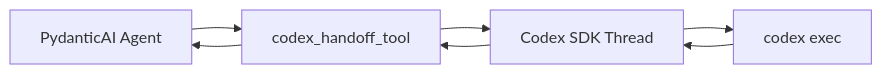
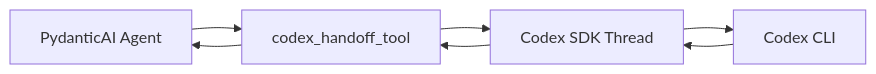
Before and after one commit to vectorfy-co/codex-sdk-python: the fourth of 4 diagrams in README.md, drawn with Mermaid. The commit also changed other lines of this file and 7 other files, not shown here.

Commit message:
Sync SDK to Codex 0.107.0

````diff
--- a/README.md
+++ b/README.md
@@ -861,9 +785,9 @@
 ```mermaid
 flowchart LR
   Agent[PydanticAI Agent] --> Tool[codex_handoff_tool]
   Tool --> SDK[Codex SDK Thread]
-  SDK --> CLI[codex exec]
+  SDK --> CLI[Codex CLI]
   CLI --> SDK
   SDK --> Tool
   Tool --> Agent
 ```
````
